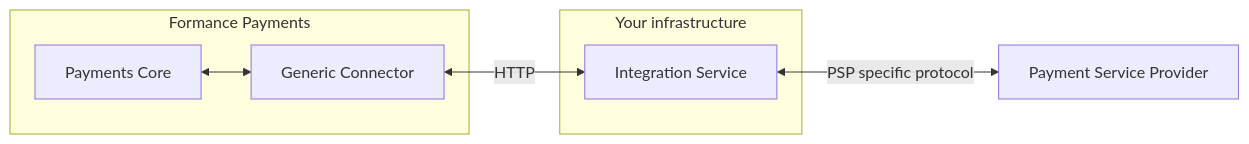
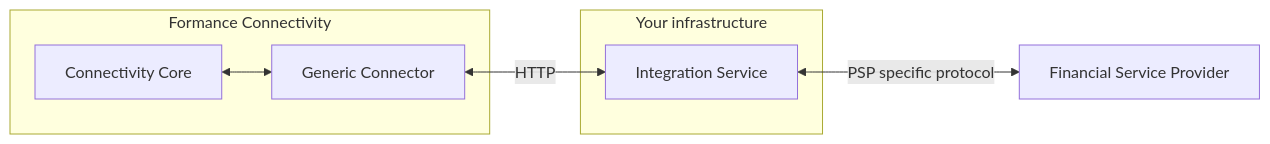
Before and after one commit to formancehq/docs: the second of 2 diagrams in docs/payments/connectors/generic/explanations/how_it_works.md, drawn with Mermaid. The commit also changed other lines of this file and 11 other files, not shown here.

First line of the commit message:
feat: Rebrand Payments to Connectivity (#94)

````diff
--- a/docs/payments/connectors/generic/explanations/how_it_works.md
+++ b/docs/payments/connectors/generic/explanations/how_it_works.md
@@ -50,14 +51,14 @@
 ```mermaid
 graph LR
-  Payments["Payments Core"]
-  connector["Generic Connector"] 
+  Connectivity["Connectivity Core"]
+  connector["Generic Connector"]
   service["Integration Service"]
-  psp["Payment Service Provider"]
-  subgraph Formance Payments
-    Payments <--> connector
+  psp["Financial Service Provider"]
+  subgraph Formance Connectivity
+    Connectivity <--> connector
   end
   subgraph Your infrastructure
     connector <-- HTTP --> service
   end
   service <-- PSP specific protocol --> psp
 ```
````
